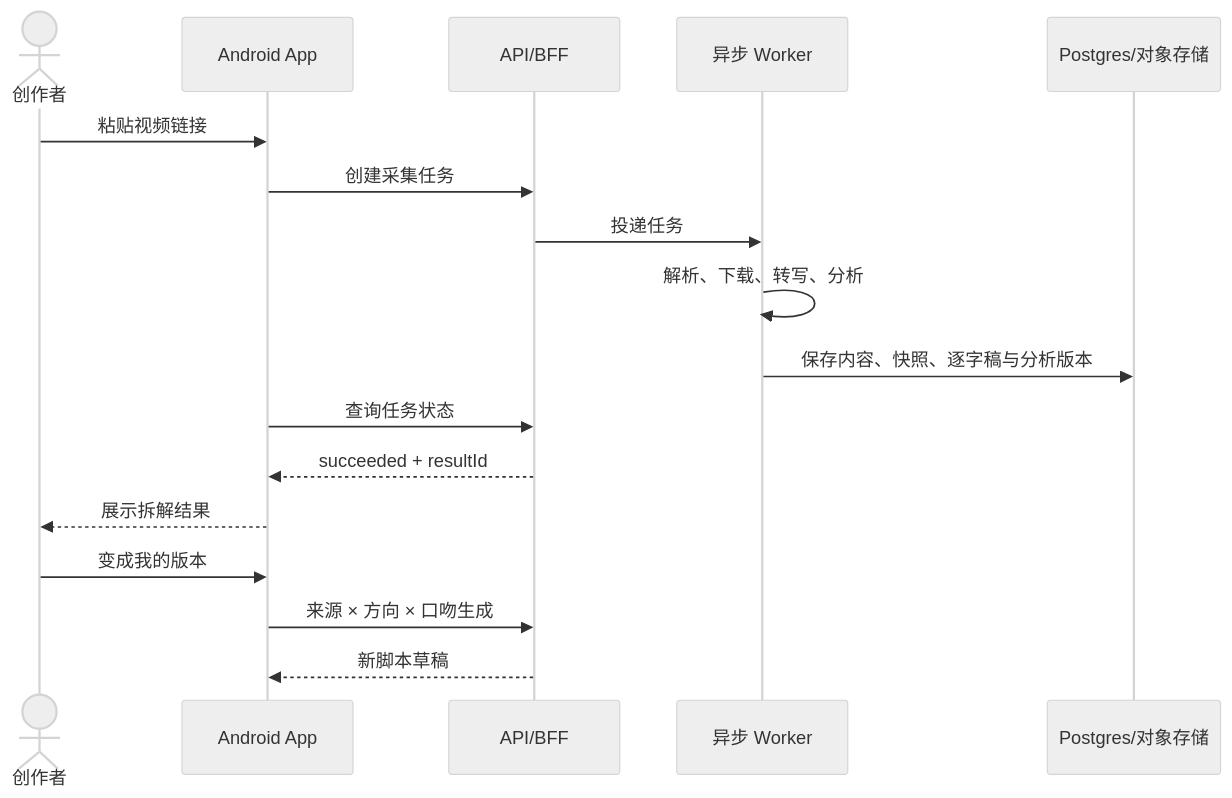
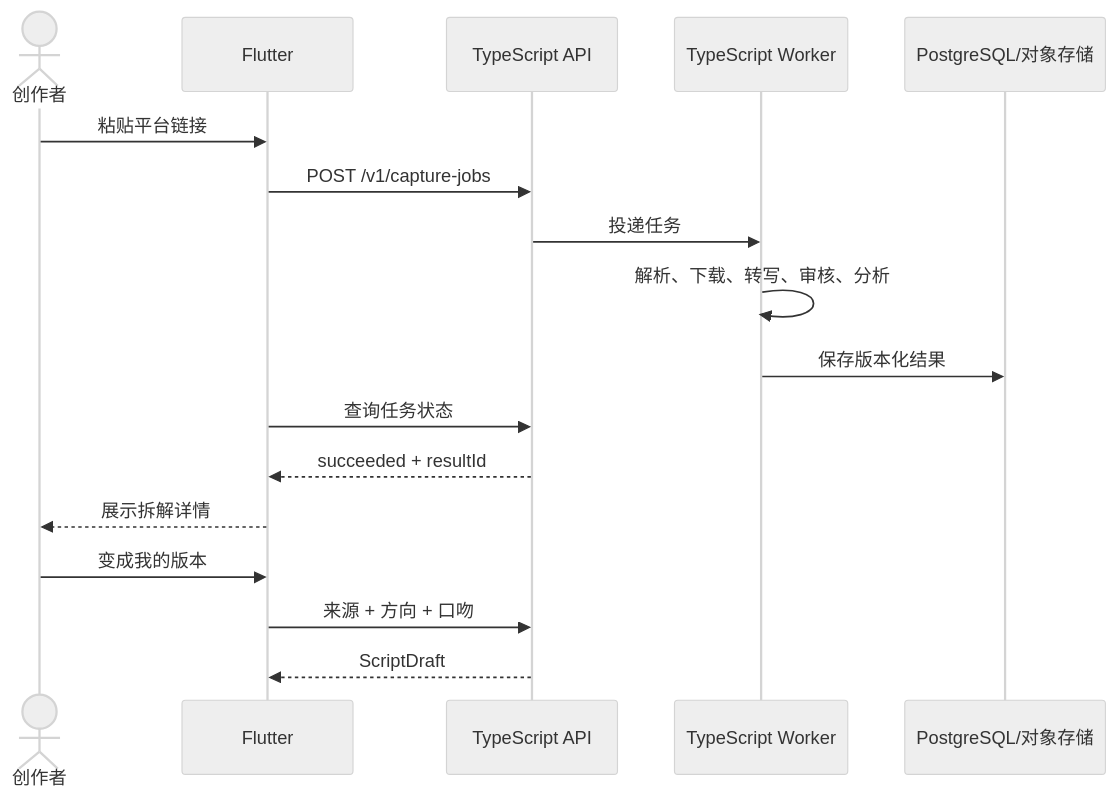
The second of 2 diagrams in docs/product/user-flows.md (zhanglongfeng27101797/yayaxingqiu), drawn with Mermaid (neutral theme) before and after one commit. The commit also changed other lines of this file and 60 other files, not shown here.

Commit message:
refactor: replace prototype with Flutter and TypeScript foundation

````diff
--- a/docs/product/user-flows.md
+++ b/docs/product/user-flows.md
@@ -37,19 +31,19 @@
 ```mermaid
 sequenceDiagram
     actor U as 创作者
-    participant A as Android App
-    participant API as API/BFF
-    participant W as 异步 Worker
-    participant DB as Postgres/对象存储
-    U->>A: 粘贴视频链接
-    A->>API: 创建采集任务
+    participant F as Flutter
+    participant API as TypeScript API
+    participant W as TypeScript Worker
+    participant DB as PostgreSQL/对象存储
+    U->>F: 粘贴平台链接
+    F->>API: POST /v1/capture-jobs
     API->>W: 投递任务
-    W->>W: 解析、下载、转写、分析
-    W->>DB: 保存内容、快照、逐字稿与分析版本
-    A->>API: 查询任务状态
-    API-->>A: succeeded + resultId
-    A-->>U: 展示拆解结果
-    U->>A: 变成我的版本
-    A->>API: 来源 × 方向 × 口吻生成
-    API-->>A: 新脚本草稿
+    W->>W: 解析、下载、转写、审核、分析
+    W->>DB: 保存版本化结果
+    F->>API: 查询任务状态
+    API-->>F: succeeded + resultId
+    F-->>U: 展示拆解详情
+    U->>F: 变成我的版本
+    F->>API: 来源 + 方向 + 口吻
+    API-->>F: ScriptDraft
 ```
````
